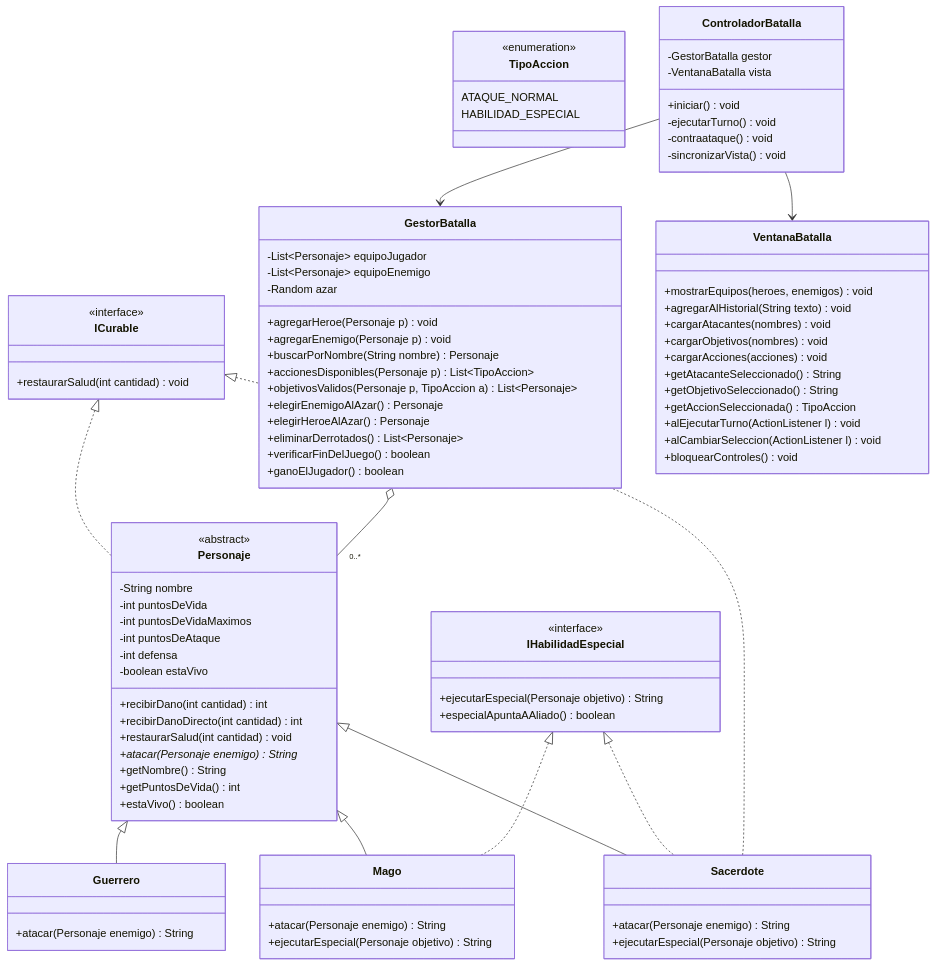
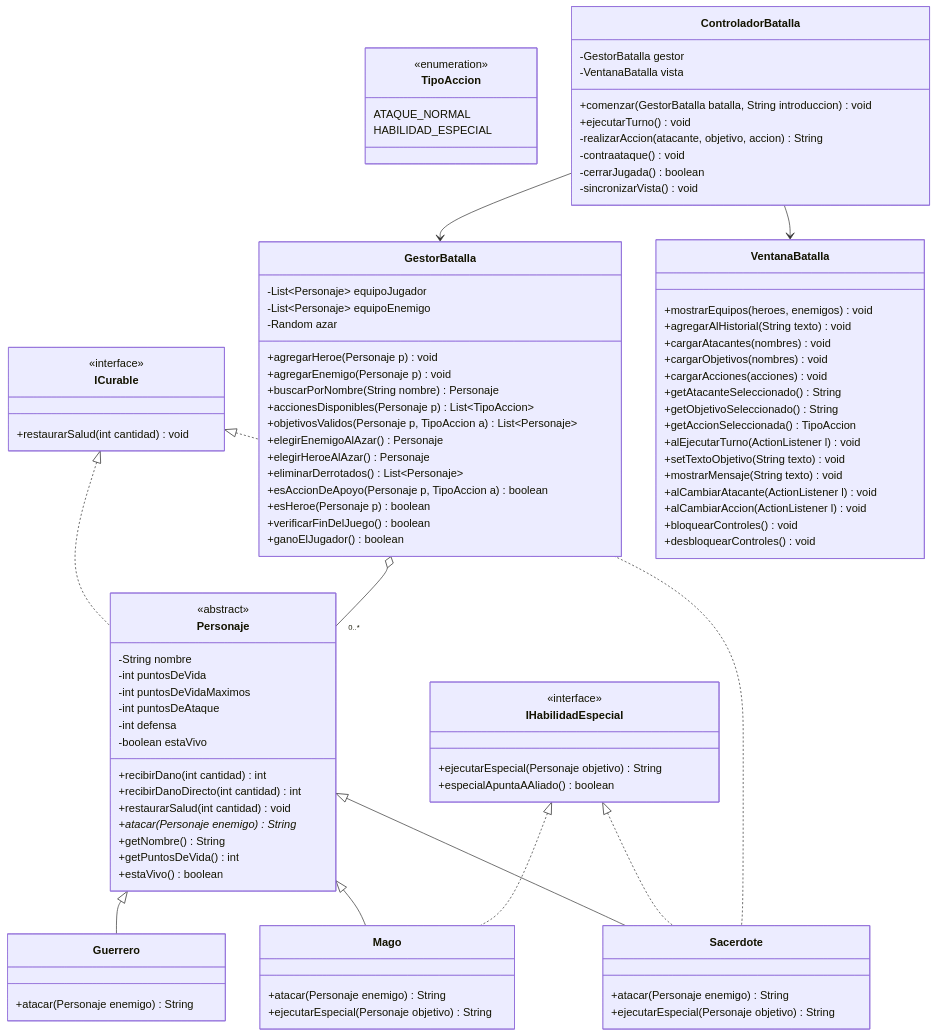
The first of 2 diagrams in docs/diseno.md (SJfigueroaV/Arena), drawn with Mermaid before and after one commit. The commit also changed other lines of this file and 6 other files, not shown here.

Commit message:
Controlador de batalla: turno completo, contraataque y fin de partida

```diff
--- a/docs/diseno.md
+++ b/docs/diseno.md
@@ -68,6 +68,8 @@
         +elegirEnemigoAlAzar() Personaje
         +elegirHeroeAlAzar() Personaje
         +eliminarDerrotados() List~Personaje~
+        +esAccionDeApoyo(Personaje p, TipoAccion a) boolean
+        +esHeroe(Personaje p) boolean
         +verificarFinDelJuego() boolean
         +ganoElJugador() boolean
     }
@@ -82,16 +84,22 @@
         +getObjetivoSeleccionado() String
         +getAccionSeleccionada() TipoAccion
         +alEjecutarTurno(ActionListener l) void
-        +alCambiarSeleccion(ActionListener l) void
+        +setTextoObjetivo(String texto) void
+        +mostrarMensaje(String texto) void
+        +alCambiarAtacante(ActionListener l) void
+        +alCambiarAccion(ActionListener l) void
         +bloquearControles() void
+        +desbloquearControles() void
     }
 
     class ControladorBatalla {
         -GestorBatalla gestor
         -VentanaBatalla vista
-        +iniciar() void
-        -ejecutarTurno() void
+        +comenzar(GestorBatalla batalla, String introduccion) void
+        +ejecutarTurno() void
+        -realizarAccion(atacante, objetivo, accion) String
         -contraataque() void
+        -cerrarJugada() boolean
         -sincronizarVista() void
     }
 
```
